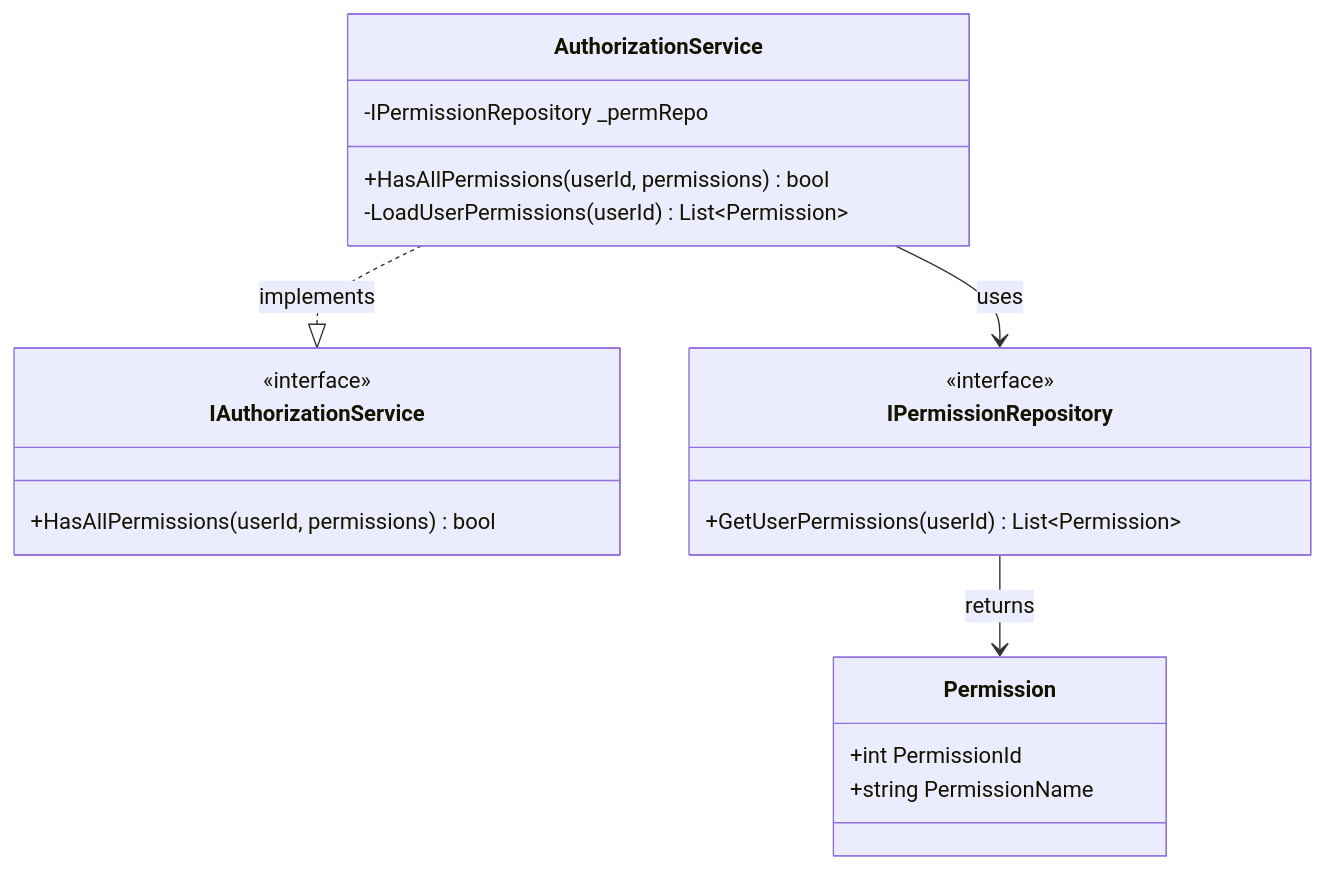
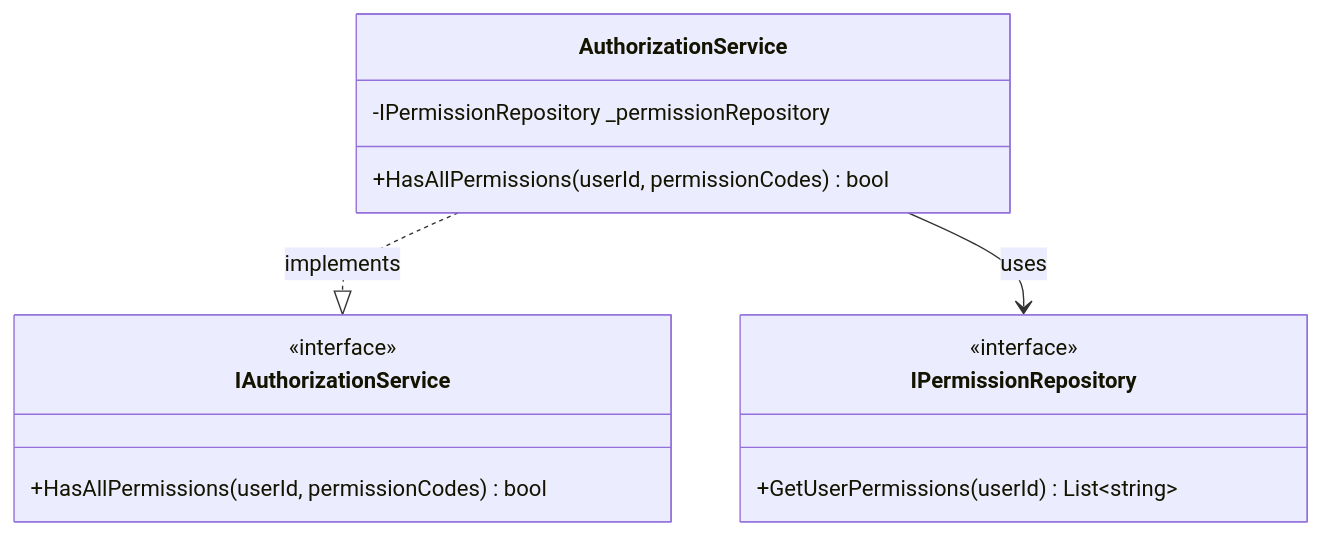
Diagram 11 of 13 in Documentation/UML_Diagrams/11_Role_Permissions_Process_Class_Diagram.md (nahuk86/tp_diploma_nk_2026), drawn with Mermaid before and after one commit. The commit also changed other lines of this file and 7 other files, not shown here.

Commit message:
docs: update UML diagrams to reflect code refactoring

````diff
--- a/Documentation/UML_Diagrams/11_Role_Permissions_Process_Class_Diagram.md
+++ b/Documentation/UML_Diagrams/11_Role_Permissions_Process_Class_Diagram.md
@@ -444,27 +448,20 @@
 ```mermaid
 classDiagram
     class AuthorizationService {
-        -IPermissionRepository _permRepo
-        +HasAllPermissions(userId, permissions) bool
-        -LoadUserPermissions(userId) List~Permission~
+        -IPermissionRepository _permissionRepository
+        +HasAllPermissions(userId, permissionCodes) bool
     }
 
     class IAuthorizationService {
         <<interface>>
-        +HasAllPermissions(userId, permissions) bool
+        +HasAllPermissions(userId, permissionCodes) bool
     }
 
     class IPermissionRepository {
         <<interface>>
-        +GetUserPermissions(userId) List~Permission~
-    }
-
-    class Permission {
-        +int PermissionId
-        +string PermissionName
+        +GetUserPermissions(userId) List~string~
     }
 
     AuthorizationService ..|> IAuthorizationService : implements
     AuthorizationService --> IPermissionRepository : uses
-    IPermissionRepository --> Permission : returns
 ```
````
